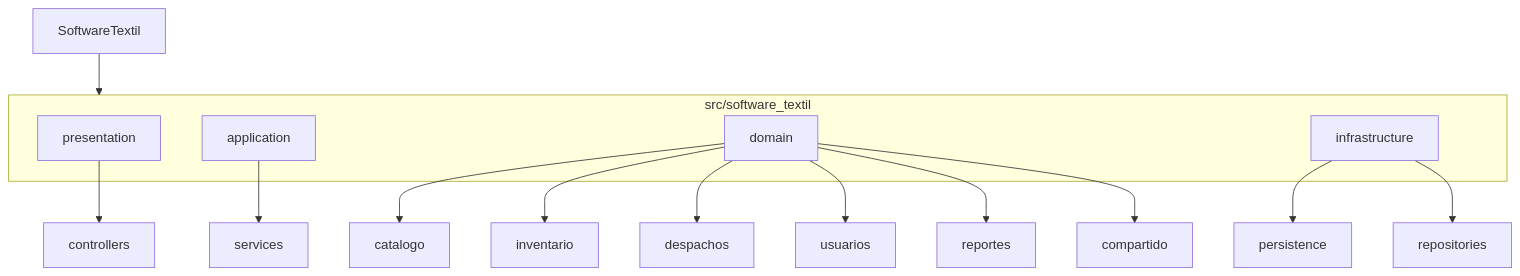
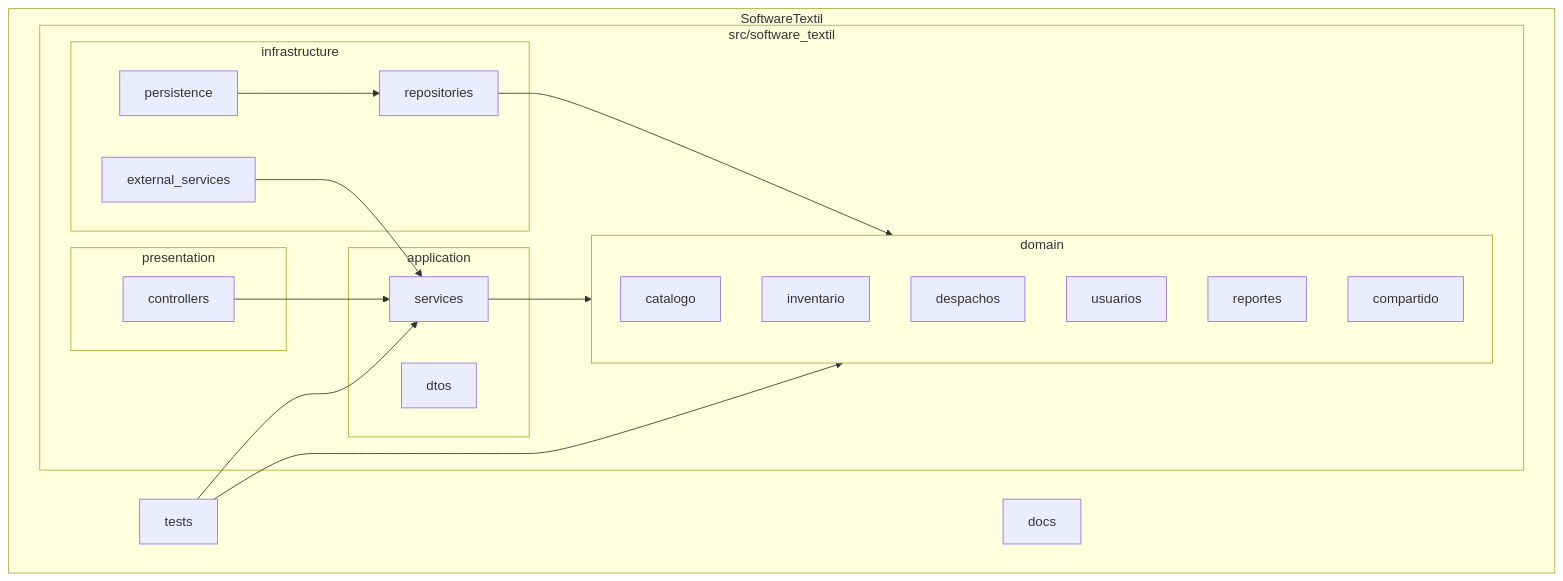
The second of 4 diagrams in docs/arquitectura.md (javierRock/SoftwareTextil), drawn with Mermaid before and after one commit. The commit also changed other lines of this file and 5 other files, not shown here.

Commit message:
docs: mejorar README y diagramas DDD

````diff
--- a/docs/arquitectura.md
+++ b/docs/arquitectura.md
@@ -25,25 +39,41 @@
 ```mermaid
 flowchart TB
-    Proyecto["SoftwareTextil"]
+    subgraph Root["SoftwareTextil"]
+        Docs["docs"]
+        Tests["tests"]
 
-    subgraph SRC["src/software_textil"]
-        Presentation["presentation"]
-        Application["application"]
-        Domain["domain"]
-        Infrastructure["infrastructure"]
+        subgraph Src["src/software_textil"]
+            subgraph Presentation["presentation"]
+                Controllers["controllers"]
+            end
+
+            subgraph Application["application"]
+                Services["services"]
+                DTOs["dtos"]
+            end
+
+            subgraph Domain["domain"]
+                Catalogo["catalogo"]
+                Inventario["inventario"]
+                Despachos["despachos"]
+                Usuarios["usuarios"]
+                Reportes["reportes"]
+                Compartido["compartido"]
+            end
+
+            subgraph Infrastructure["infrastructure"]
+                Persistence["persistence"]
+                Repositories["repositories"]
+                External["external_services"]
+            end
+        end
     end
 
-    Presentation --> Controllers["controllers"]
-    Application --> Services["services"]
-
-    Domain --> Catalogo["catalogo"]
-    Domain --> Inventario["inventario"]
-    Domain --> Despachos["despachos"]
-    Domain --> Usuarios["usuarios"]
-    Domain --> Reportes["reportes"]
-    Domain --> Compartido["compartido"]
-
-    Infrastructure --> Persistence["persistence"]
-    Infrastructure --> Repositories["repositories"]
-    Proyecto --> SRC
+    Controllers --> Services
+    Services --> Domain
+    Repositories --> Domain
+    Persistence --> Repositories
+    External --> Services
+    Tests --> Domain
+    Tests --> Services
 ```
````
